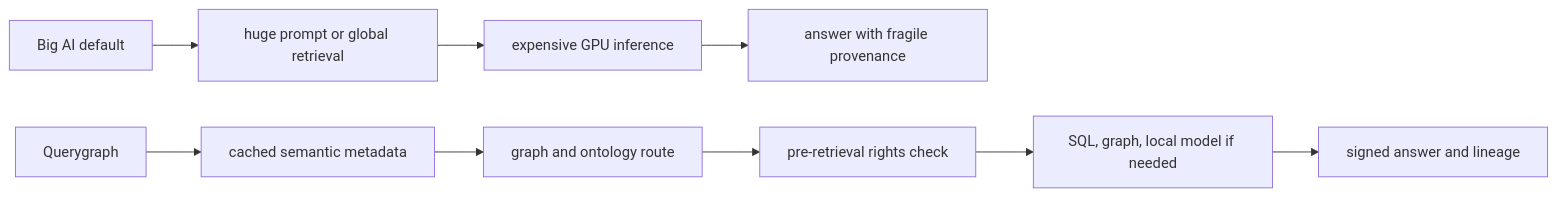
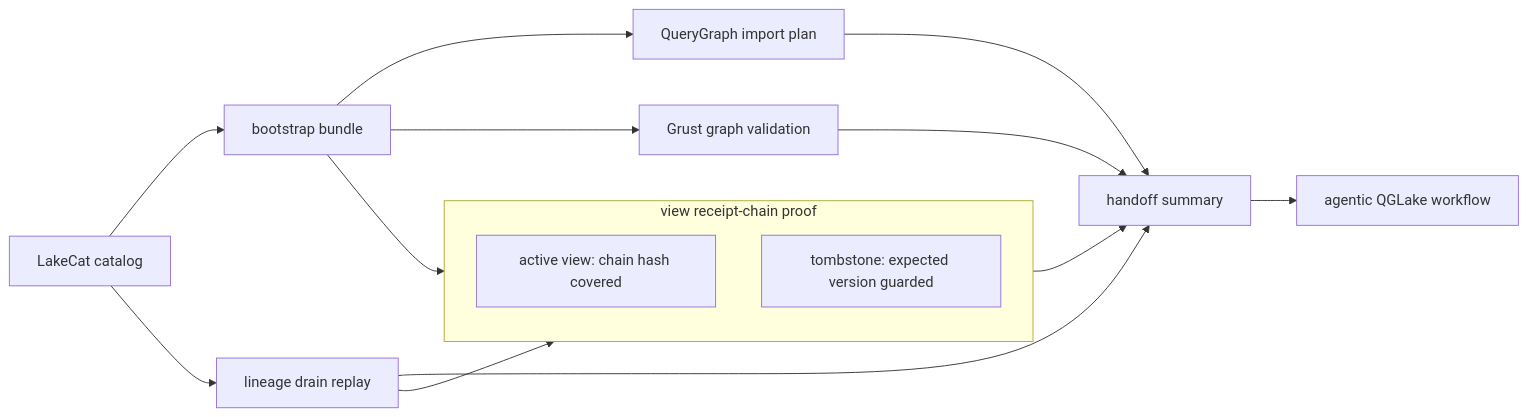
One commit to querygraph/qg-rust changed the diagram in docs/book/diagrams/diagram-19.mmd. Above: the diagram before and after it, drawn with Mermaid. The commit also changed 45 other files, not shown here.

Commit message:
Update QueryGraph book for LakeCat handoff

```diff
--- a/docs/book/diagrams/diagram-19.mmd
+++ b/docs/book/diagrams/diagram-19.mmd
@@ -1,9 +1,26 @@
 flowchart LR
-    Big["Big AI default"] --> BigContext["huge prompt or global retrieval"]
-    BigContext --> BigGpu["expensive GPU inference"]
-    BigGpu --> BigAnswer["answer with fragile provenance"]
-    QG["Querygraph"] --> Cache["cached semantic metadata"]
-    Cache --> Route["graph and ontology route"]
-    Route --> Rights["pre-retrieval rights check"]
-    Rights --> Local["SQL, graph, local model if needed"]
-    Local --> Signed["signed answer and lineage"]
+    LakeCat["LakeCat catalog"]
+    Bundle["bootstrap bundle"]
+    Replay["lineage drain replay"]
+    Import["QueryGraph import plan"]
+    Summary["handoff summary"]
+    Graph["Grust graph validation"]
+    Agent["agentic QGLake workflow"]
+
+    LakeCat --> Bundle
+    LakeCat --> Replay
+    Bundle --> Import
+    Bundle --> Graph
+    Replay --> Summary
+    Import --> Summary
+    Graph --> Summary
+    Summary --> Agent
+
+    subgraph ViewProof["view receipt-chain proof"]
+      Active["active view: chain hash covered"]
+      Tombstone["tombstone: expected version guarded"]
+    end
+
+    Bundle --> ViewProof
+    Replay --> ViewProof
+    ViewProof --> Summary
```
